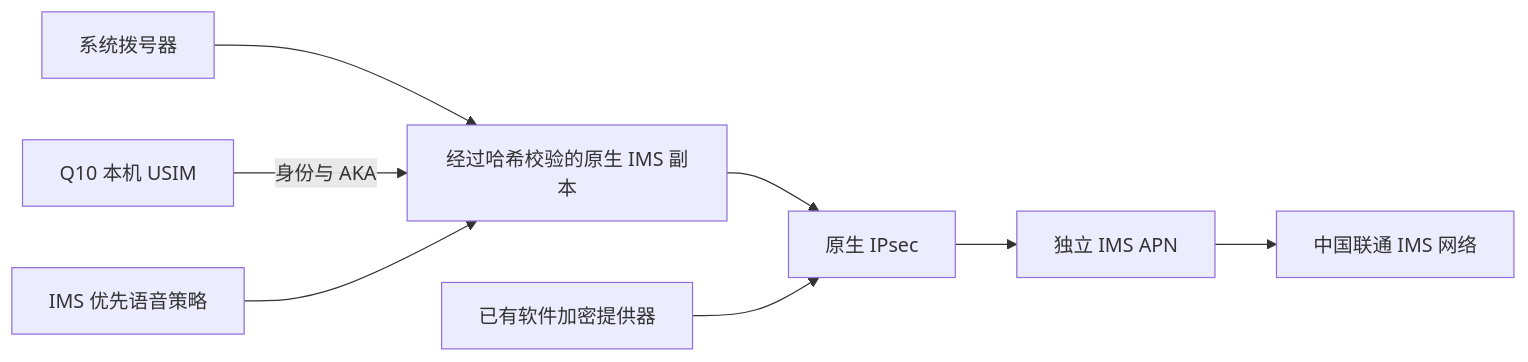
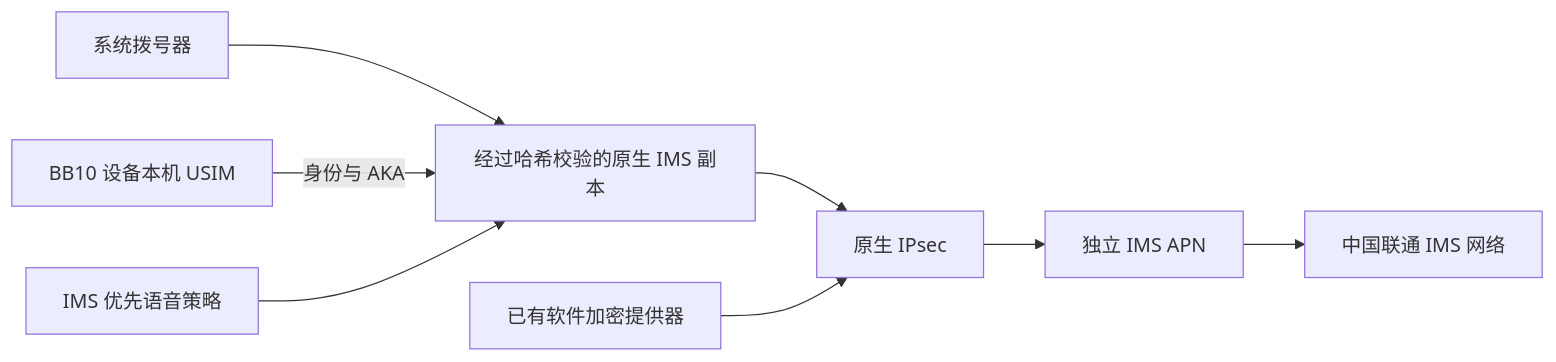
One commit to Octo-o-o-o/bb10-volte changed the diagram in README.md. Above: the diagram before and after it, drawn with Mermaid. The commit also changed other lines of this file and 38 other files, not shown here.

````diff
--- a/README.md
+++ b/README.md
@@ -125,10 +125,10 @@
 ```mermaid
 flowchart LR
   A[系统拨号器] --> B[经过哈希校验的原生 IMS 副本]
-  U[Q10 本机 USIM] -->|身份与 AKA| B
+  U[BB10 设备本机 USIM] -->|身份与 AKA| B
   V[IMS 优先语音策略] --> B
   B --> I[原生 IPsec]
   S[已有软件加密提供器] --> I
   I --> P[独立 IMS APN]
   P --> N[中国联通 IMS 网络]
 ```
````
